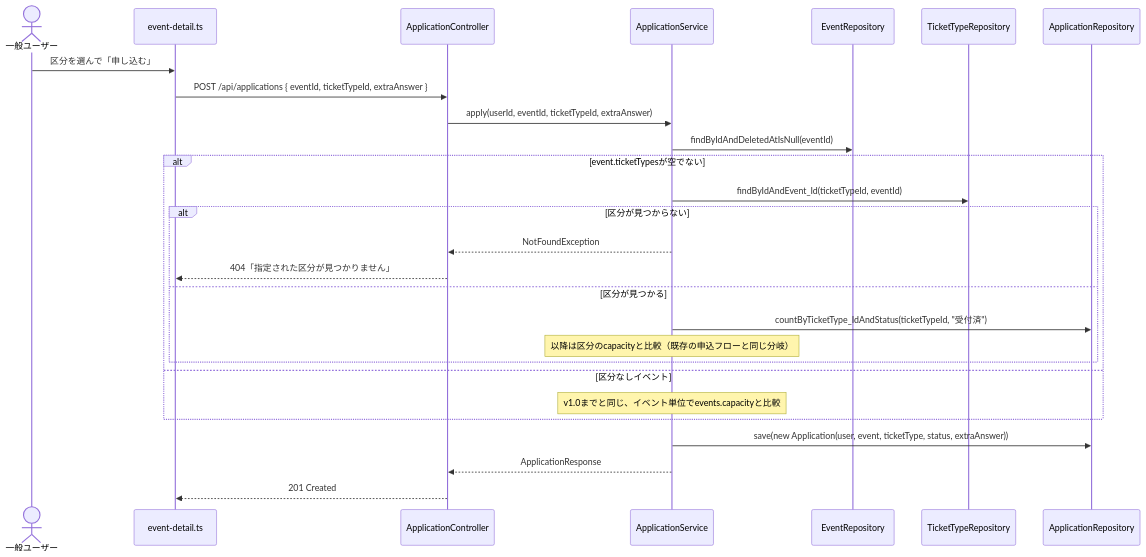
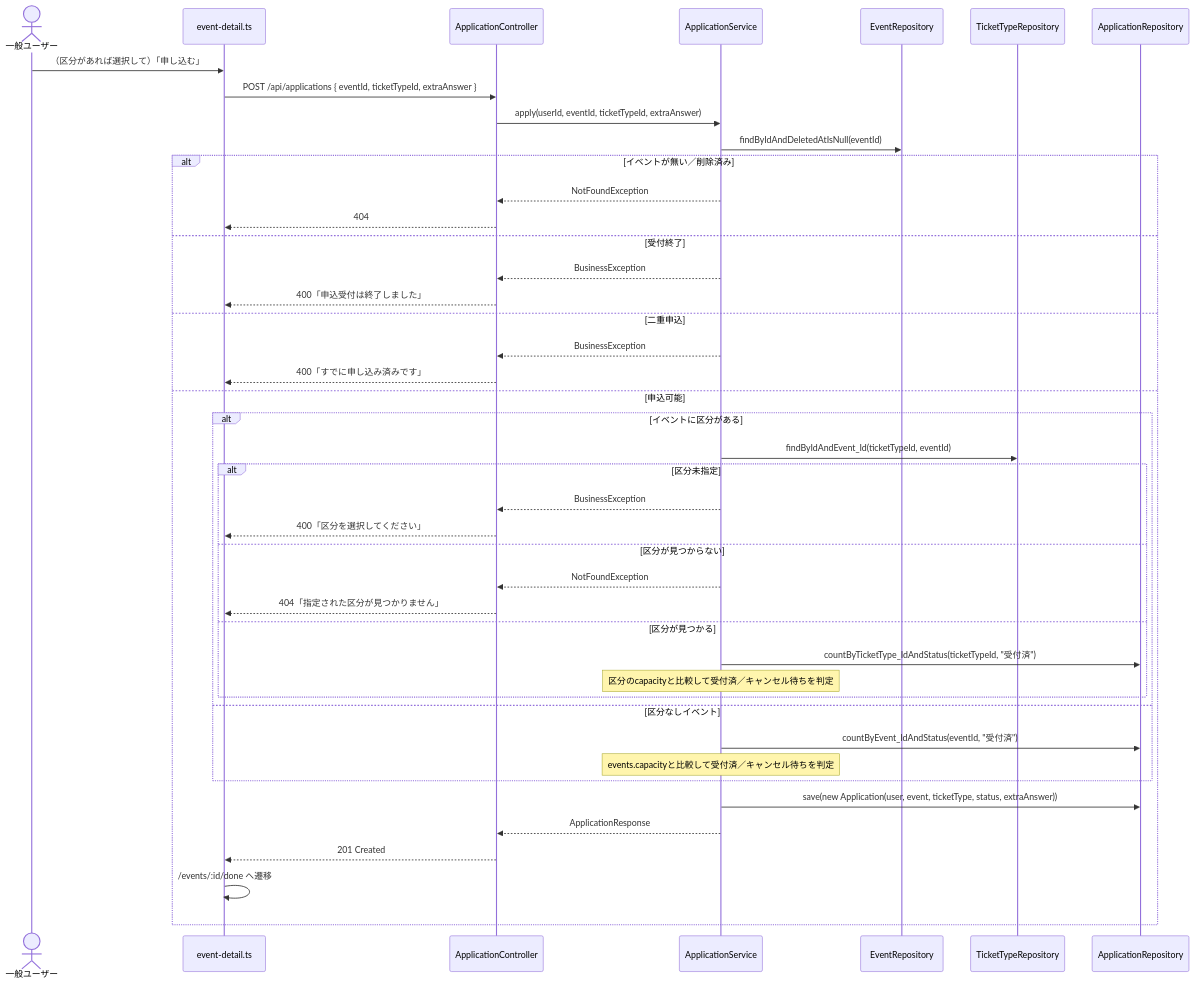
Before and after one commit to sasaki111111/event-application-system: the fourth of 12 diagrams in docs/design/詳細設計書_v2.0.md, drawn with Mermaid. The commit also changed other lines of this file and 7 other files, not shown here.

````diff
--- a/docs/design/詳細設計書_v2.0.md
+++ b/docs/design/詳細設計書_v2.0.md
@@ -100,29 +187,45 @@
 ```mermaid
 sequenceDiagram
   actor U as 一般ユーザー
   participant FE as event-detail.ts
   participant C as ApplicationController
   participant S as ApplicationService
   participant ER as EventRepository
   participant TR as TicketTypeRepository
   participant AR as ApplicationRepository
-  U->>FE: 区分を選んで「申し込む」
+  U->>FE: （区分があれば選択して）「申し込む」
   FE->>C: POST /api/applications { eventId, ticketTypeId, extraAnswer }
   C->>S: apply(userId, eventId, ticketTypeId, extraAnswer)
   S->>ER: findByIdAndDeletedAtIsNull(eventId)
-  alt event.ticketTypesが空でない
-    S->>TR: findByIdAndEvent_Id(ticketTypeId, eventId)
-    alt 区分が見つからない
-      S-->>C: NotFoundException
-      C-->>FE: 404「指定された区分が見つかりません」
-    else 区分が見つかる
-      S->>AR: countByTicketType_IdAndStatus(ticketTypeId, "受付済")
-      Note over S: 以降は区分のcapacityと比較（既存の申込フローと同じ分岐）
+  alt イベントが無い／削除済み
+    S-->>C: NotFoundException
+    C-->>FE: 404
+  else 受付終了
+    S-->>C: BusinessException
+    C-->>FE: 400「申込受付は終了しました」
+  else 二重申込
+    S-->>C: BusinessException
+    C-->>FE: 400「すでに申し込み済みです」
+  else 申込可能
+    alt イベントに区分がある
+      S->>TR: findByIdAndEvent_Id(ticketTypeId, eventId)
+      alt 区分未指定
+        S-->>C: BusinessException
+        C-->>FE: 400「区分を選択してください」
+      else 区分が見つからない
+        S-->>C: NotFoundException
+        C-->>FE: 404「指定された区分が見つかりません」
+      else 区分が見つかる
+        S->>AR: countByTicketType_IdAndStatus(ticketTypeId, "受付済")
+        Note over S: 区分のcapacityと比較して受付済／キャンセル待ちを判定
+      end
+    else 区分なしイベント
+      S->>AR: countByEvent_IdAndStatus(eventId, "受付済")
+      Note over S: events.capacityと比較して受付済／キャンセル待ちを判定
     end
-  else 区分なしイベント
-    Note over S: v1.0までと同じ、イベント単位でevents.capacityと比較
+    S->>AR: save(new Application(user, event, ticketType, status, extraAnswer))
+    S-->>C: ApplicationResponse
+    C-->>FE: 201 Created
+    FE->>FE: /events/:id/done へ遷移
   end
-  S->>AR: save(new Application(user, event, ticketType, status, extraAnswer))
-  S-->>C: ApplicationResponse
-  C-->>FE: 201 Created
 ```
````
